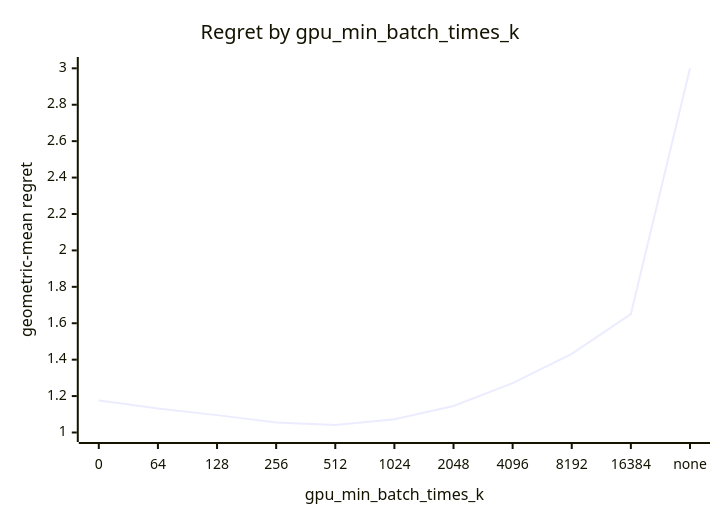
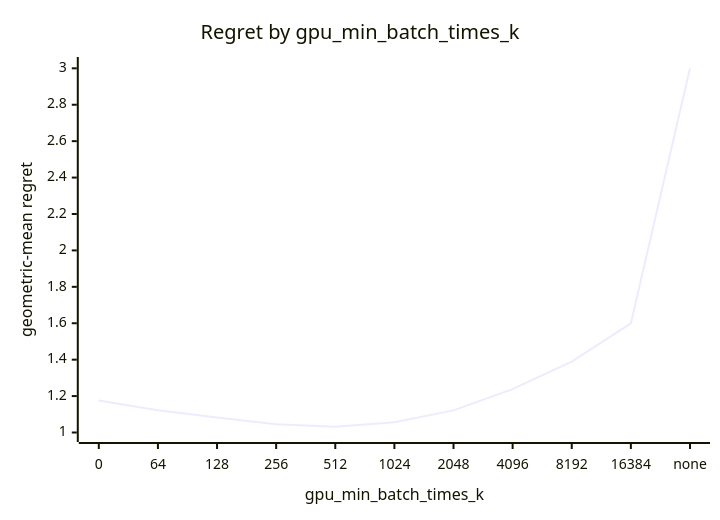
One commit to c0rmac/metal-linalg changed the sixth of 8 diagrams in docs/results/apple-m5-pro-20gpu/combined/svd/report.md. Above: the diagram before and after it, drawn with Mermaid. The commit also changed other lines of this file and 9 other files, not shown here.

````diff
--- a/docs/results/apple-m5-pro-20gpu/combined/svd/report.md
+++ b/docs/results/apple-m5-pro-20gpu/combined/svd/report.md
@@ -228,7 +229,7 @@
 ```mermaid
 xychart-beta
     title "Regret by gpu_min_batch_times_k"
     x-axis "gpu_min_batch_times_k" [0, 64, 128, 256, 512, 1024, 2048, 4096, 8192, 16384, none]
     y-axis "geometric-mean regret" 1.0 --> 3.01
-    line [1.1757, 1.1324, 1.0954, 1.0551, 1.0418, 1.0728, 1.1454, 1.2713, 1.4314, 1.6502, 3.0000]
+    line [1.1755, 1.1219, 1.0823, 1.0448, 1.0317, 1.0560, 1.1214, 1.2384, 1.3896, 1.5991, 3.0000]
 ```
````
